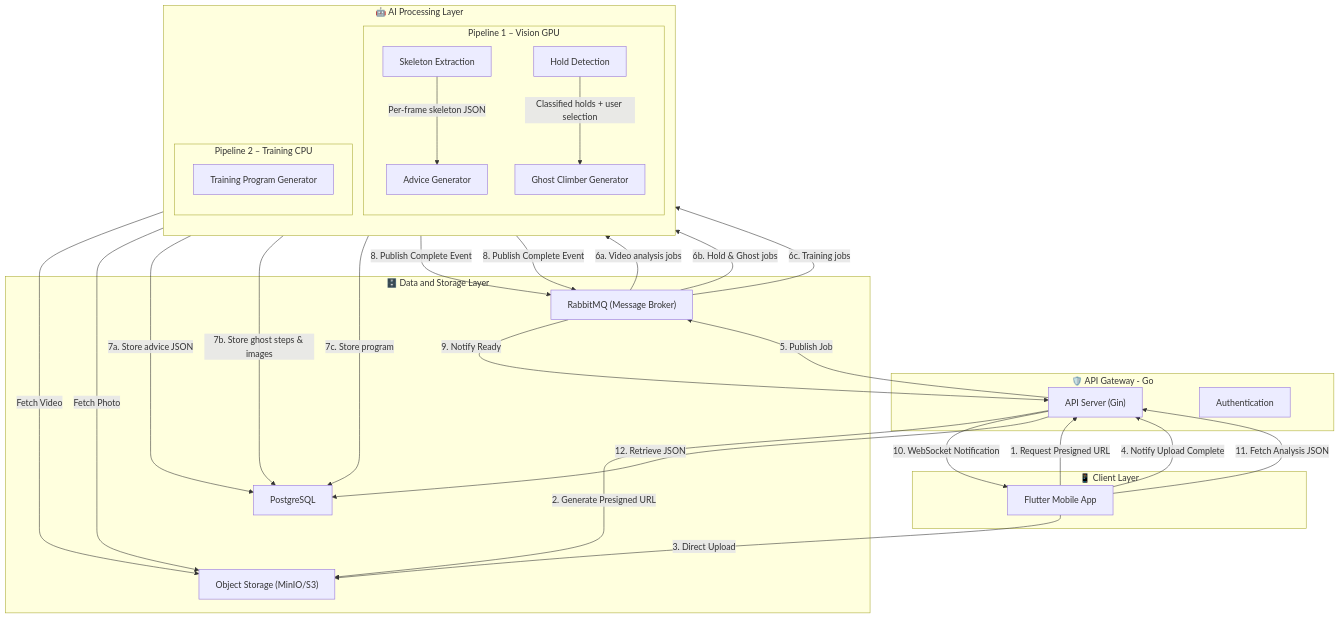
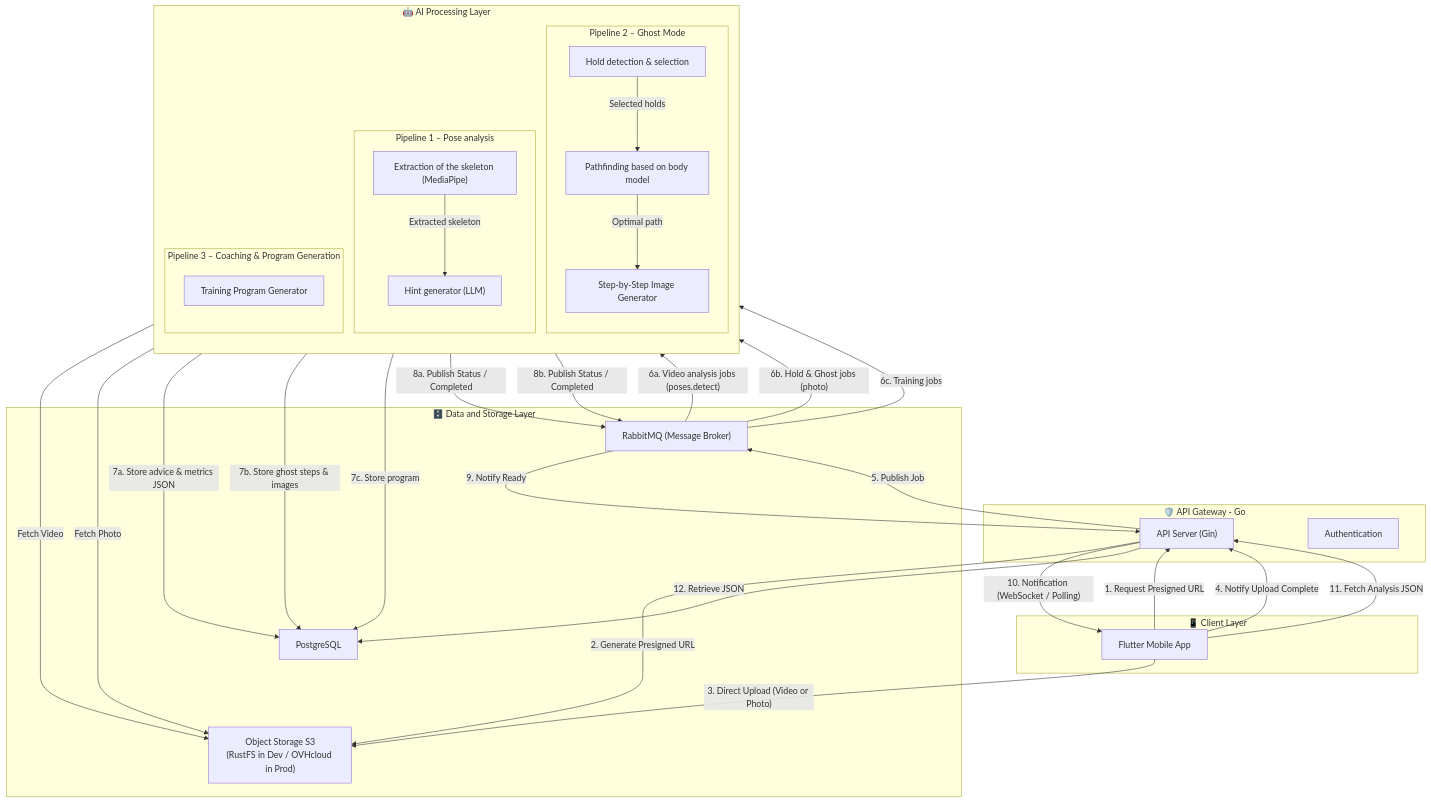
One commit to Ascension-EIP/Ascension changed the diagram in docs/Ascension/developer/architecture/globale-architecture.md. Above: the diagram before and after it, drawn with Mermaid. The commit also changed other lines of this file and 16 other files, not shown here.

First line of the commit message:
chore(docs): update infrastructure references to RustFS and OVHcloud S3

````diff
--- a/docs/Ascension/developer/architecture/globale-architecture.md
+++ b/docs/Ascension/developer/architecture/globale-architecture.md
@@ -72,58 +72,61 @@
 ```mermaid
 graph TD
     subgraph Client ["📱 Client Layer"]
         MobileApp["Flutter Mobile App"]
     end
 
     subgraph API ["🛡️ API Gateway - Go"]
         APIServer["API Server (Gin)"]
         AuthService["Authentication"]
     end
 
     subgraph Storage ["🗄️ Data and Storage Layer"]
-        ObjectStorage["Object Storage (MinIO/S3)"]
+        ObjectStorage["Object Storage S3<br/>(RustFS in Dev / OVHcloud in Prod)"]
         Database["PostgreSQL"]
         MessageQueue["RabbitMQ (Message Broker)"]
     end
 
     subgraph AI ["🤖 AI Processing Layer"]
         direction TB
-        subgraph Vision ["Pipeline 1 – Vision GPU"]
-            HoldDetection["Hold Detection"]
-            SkeletonExtraction["Skeleton Extraction"]
-            AdviceGenerator["Advice Generator"]
-            GhostGenerator["Ghost Climber Generator"]
+        subgraph Vision ["Pipeline 1 – Pose analysis"]
+            SkeletonExtraction["Extraction of the skeleton (MediaPipe)"]
+            AdviceGenerator["Hint generator (LLM)"]
+            SkeletonExtraction -->|"Extracted skeleton"| AdviceGenerator
         end
-        subgraph Training ["Pipeline 2 – Training CPU"]
+        subgraph Ghost ["Pipeline 2 – Ghost Mode"]
+            HoldDetection["Hold detection & selection"]
+            Pathfinding["Pathfinding based on body model"]
+            GhostGenerator["Step-by-Step Image Generator"]
+            HoldDetection -->|"Selected holds"| Pathfinding
+            Pathfinding -->|"Optimal path"| GhostGenerator
+        end
+        subgraph Training ["Pipeline 3 – Coaching & Program Generation"]
             ProgramGenerator["Training Program Generator"]
         end
     end
 
     MobileApp -->|"1. Request Presigned URL"| APIServer
     APIServer -->|"2. Generate Presigned URL"| ObjectStorage
-    MobileApp -->|"3. Direct Upload"| ObjectStorage
+    MobileApp -->|"3. Direct Upload (Video or Photo)"| ObjectStorage
     MobileApp -->|"4. Notify Upload Complete"| APIServer
 
     APIServer -->|"5. Publish Job"| MessageQueue
-    MessageQueue -->|"6a. Video analysis jobs"| SkeletonExtraction
-    MessageQueue -->|"6b. Hold & Ghost jobs"| HoldDetection
+    MessageQueue -->|"6a. Video analysis jobs (poses.detect)"| SkeletonExtraction
+    MessageQueue -->|"6b. Hold & Ghost jobs (photo)"| HoldDetection
     MessageQueue -->|"6c. Training jobs"| ProgramGenerator
 
     SkeletonExtraction -->|"Fetch Video"| ObjectStorage
-    SkeletonExtraction -->|"Per-frame skeleton JSON"| AdviceGenerator
+    HoldDetection -->|"Fetch Photo"| ObjectStorage
 
-    HoldDetection -->|"Fetch Photo"| ObjectStorage
-    HoldDetection -->|"Classified holds + user selection"| GhostGenerator
-
-    AdviceGenerator -->|"7a. Store advice JSON"| Database
+    AdviceGenerator -->|"7a. Store advice & metrics JSON"| Database
     GhostGenerator -->|"7b. Store ghost steps & images"| Database
     ProgramGenerator -->|"7c. Store program"| Database
-    AdviceGenerator -->|"8. Publish Complete Event"| MessageQueue
-    GhostGenerator -->|"8. Publish Complete Event"| MessageQueue
+
+    AdviceGenerator -->|"8a. Publish Status / Completed"| MessageQueue
+    GhostGenerator -->|"8b. Publish Status / Completed"| MessageQueue
 
     MessageQueue -->|"9. Notify Ready"| APIServer
-    APIServer -->|"10. WebSocket Notification"| MobileApp
+    APIServer -->|"10. Notification (WebSocket / Polling)"| MobileApp
     MobileApp -->|"11. Fetch Analysis JSON"| APIServer
     APIServer -->|"12. Retrieve JSON"| Database
-
 ```
````
